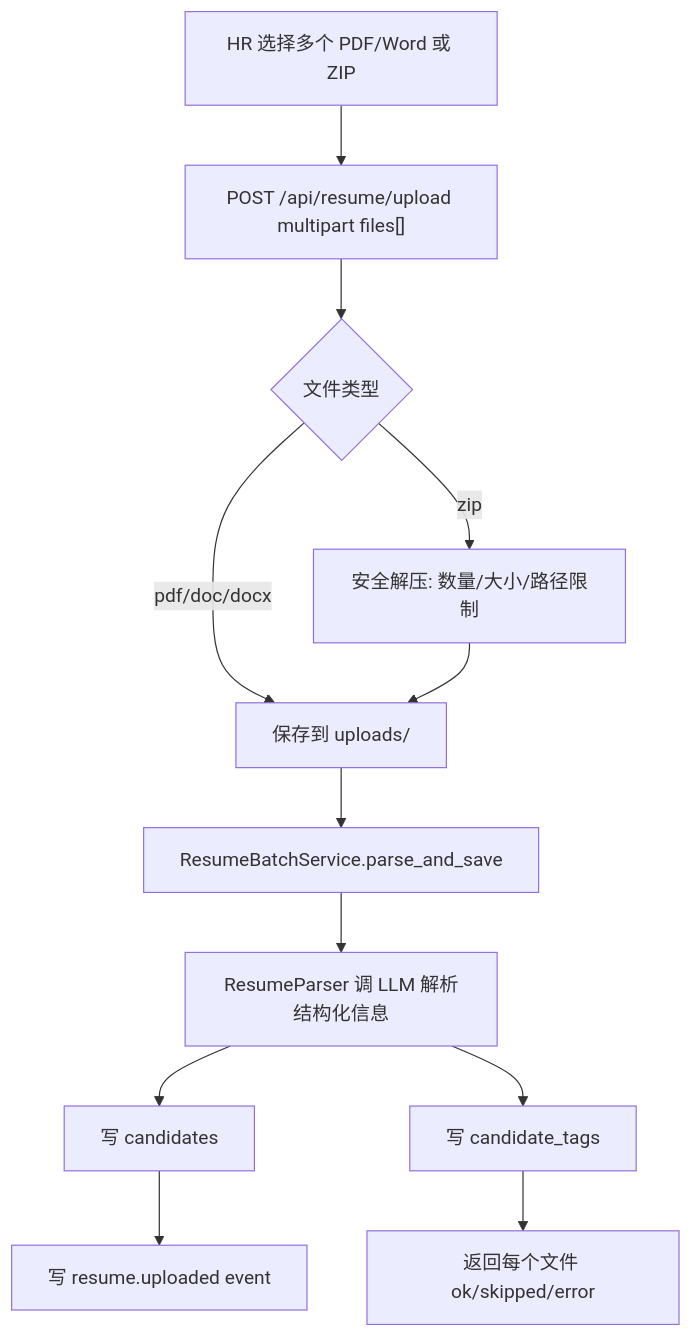
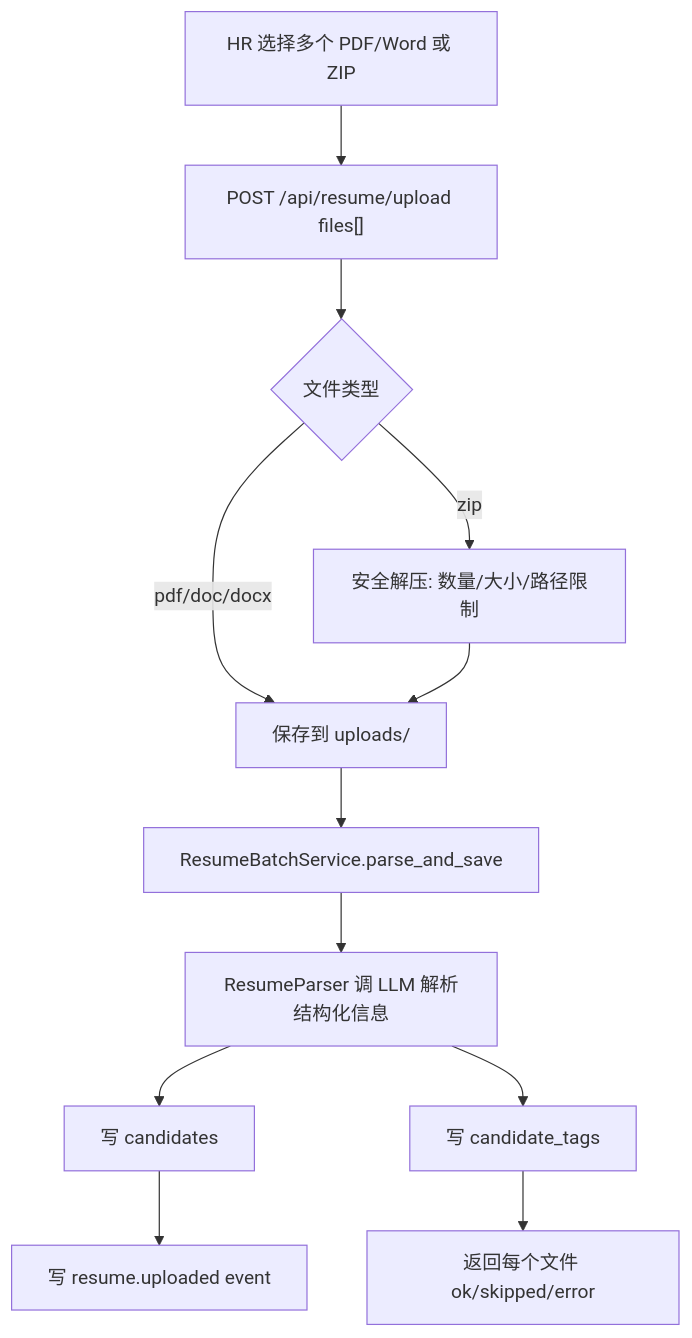
The third of 3 diagrams in docs/SDD-智聘招聘系统-v1.0.md (yenns7/zhipin-recruit), drawn with Mermaid before and after one commit. The commit also changed other lines of this file and 62 other files, not shown here.

````diff
--- a/docs/SDD-智聘招聘系统-v1.0.md
+++ b/docs/SDD-智聘招聘系统-v1.0.md
@@ -351,14 +371,14 @@
 ```mermaid
 flowchart TD
-  A["HR 选择多个 PDF/Word 或 ZIP"] --> B["POST /api/resume/upload multipart files[]"]
+  A["HR 选择多个 PDF/Word 或 ZIP"] --> B["POST /api/resume/upload files[]"]
   B --> C{"文件类型"}
   C -->|"pdf/doc/docx"| D["保存到 uploads/"]
   C -->|"zip"| E["安全解压: 数量/大小/路径限制"]
   E --> D
   D --> F["ResumeBatchService.parse_and_save"]
   F --> G["ResumeParser 调 LLM 解析结构化信息"]
   G --> H["写 candidates"]
   G --> I["写 candidate_tags"]
   H --> J["写 resume.uploaded event"]
   I --> K["返回每个文件 ok/skipped/error"]
 ```
````
